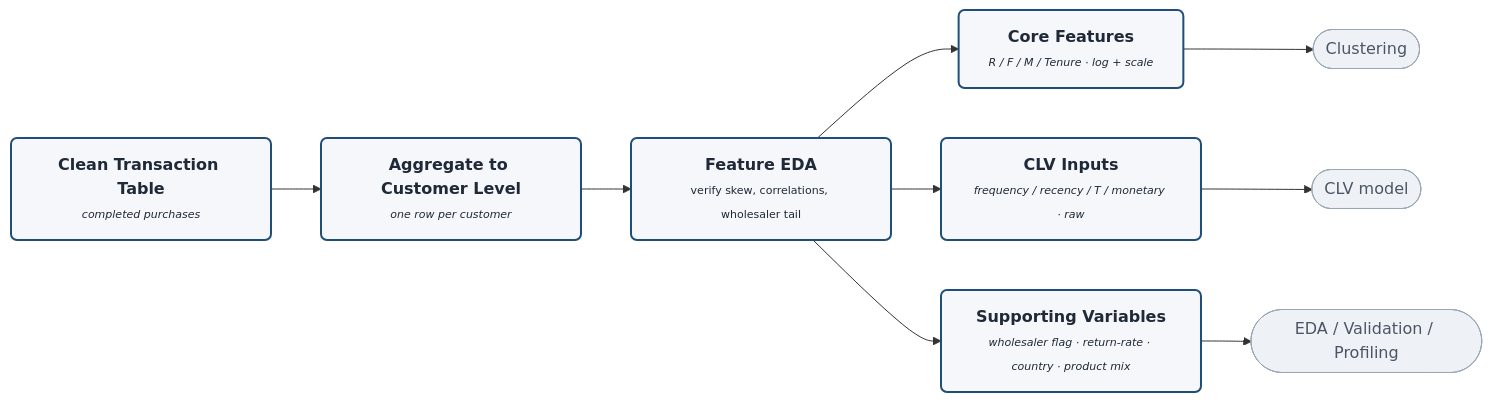
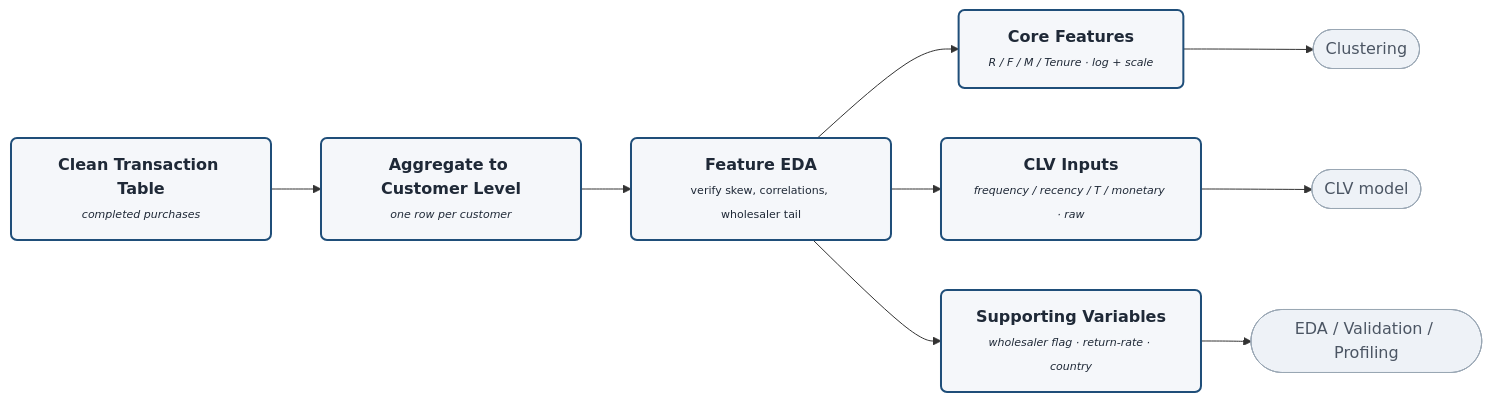
The diagram in design/feature-engineering.md (SajalHRX/customer-segmentation), drawn with Mermaid before and after one commit. The commit also changed other lines of this file and 21 other files, not shown here.

First line of the commit message:
docs: sync plan with code — back-patch CLV lib, drop product mix

````diff
--- a/design/feature-engineering.md
+++ b/design/feature-engineering.md
@@ -10,15 +10,15 @@
 ```mermaid
 flowchart LR
     A["<b>Clean Transaction Table</b><br/><span style='font-size:11px;color:#6b7280;font-style:italic'>completed purchases</span>"] --> B["<b>Aggregate to Customer Level</b><br/><span style='font-size:11px;color:#6b7280;font-style:italic'>one row per customer</span>"] --> C["<b>Feature EDA</b><br/><span style='font-size:11px;color:#6b7280;font-style:italic'>verify skew, correlations, wholesaler tail</span>"]
     C --> D["<b>Core Features</b><br/><span style='font-size:11px;color:#6b7280;font-style:italic'>R / F / M / Tenure &middot; log + scale</span>"]
     C --> E["<b>CLV Inputs</b><br/><span style='font-size:11px;color:#6b7280;font-style:italic'>frequency / recency / T / monetary &middot; raw</span>"]
-    C --> F["<b>Supporting Variables</b><br/><span style='font-size:11px;color:#6b7280;font-style:italic'>wholesaler flag &middot; return-rate &middot; country &middot; product mix</span>"]
+    C --> F["<b>Supporting Variables</b><br/><span style='font-size:11px;color:#6b7280;font-style:italic'>wholesaler flag &middot; return-rate &middot; country</span>"]
     D --> G(["Clustering"])
     E --> H(["CLV model"])
     F --> I(["EDA / Validation / Profiling"])
 
     classDef stage fill:#f5f7fa,stroke:#1f4e79,stroke-width:2px,color:#1f2937,rx:6,ry:6;
     classDef target fill:#eef2f7,stroke:#9aa7b4,stroke-width:1px,color:#4b5563;
     class A,B,C,D,E,F stage;
     class G,H,I target;
 ```
````
